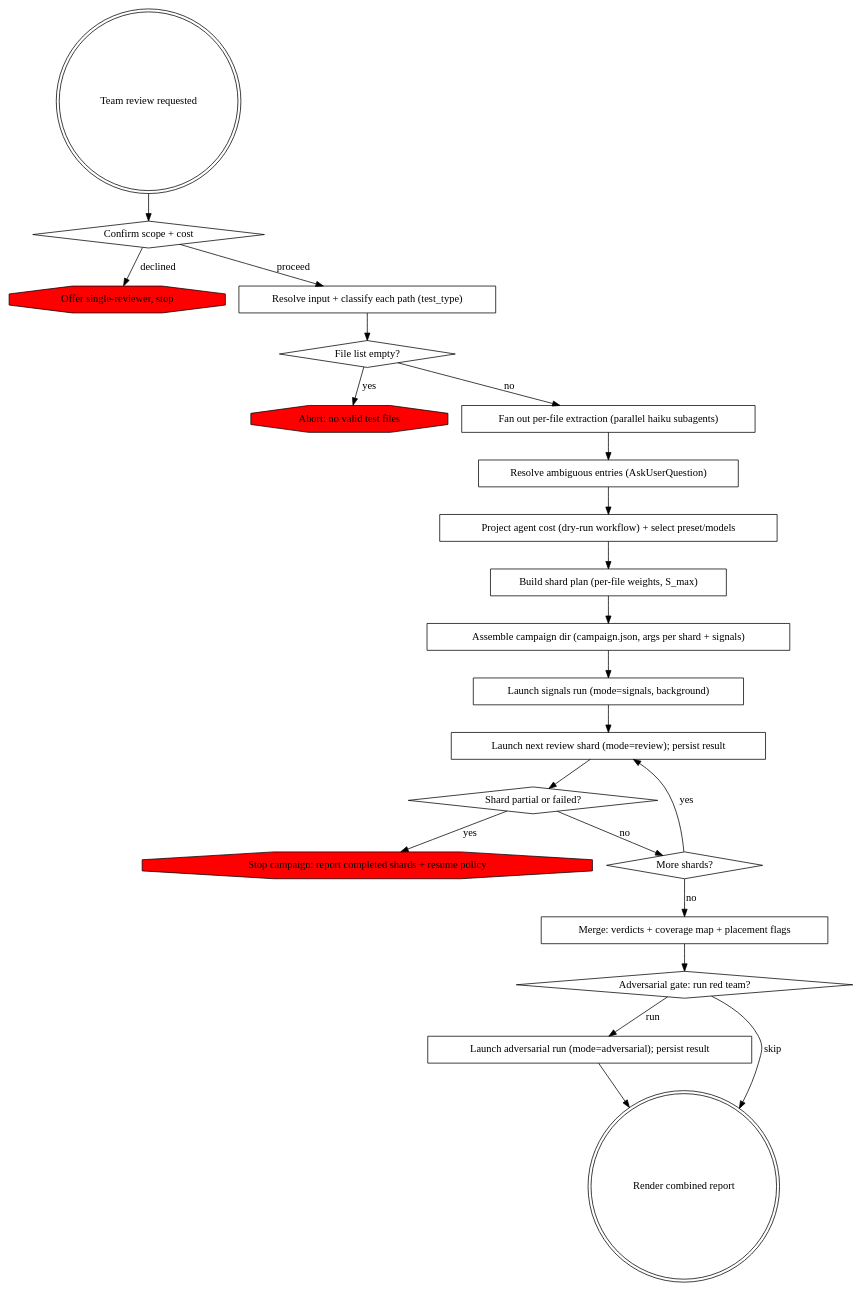
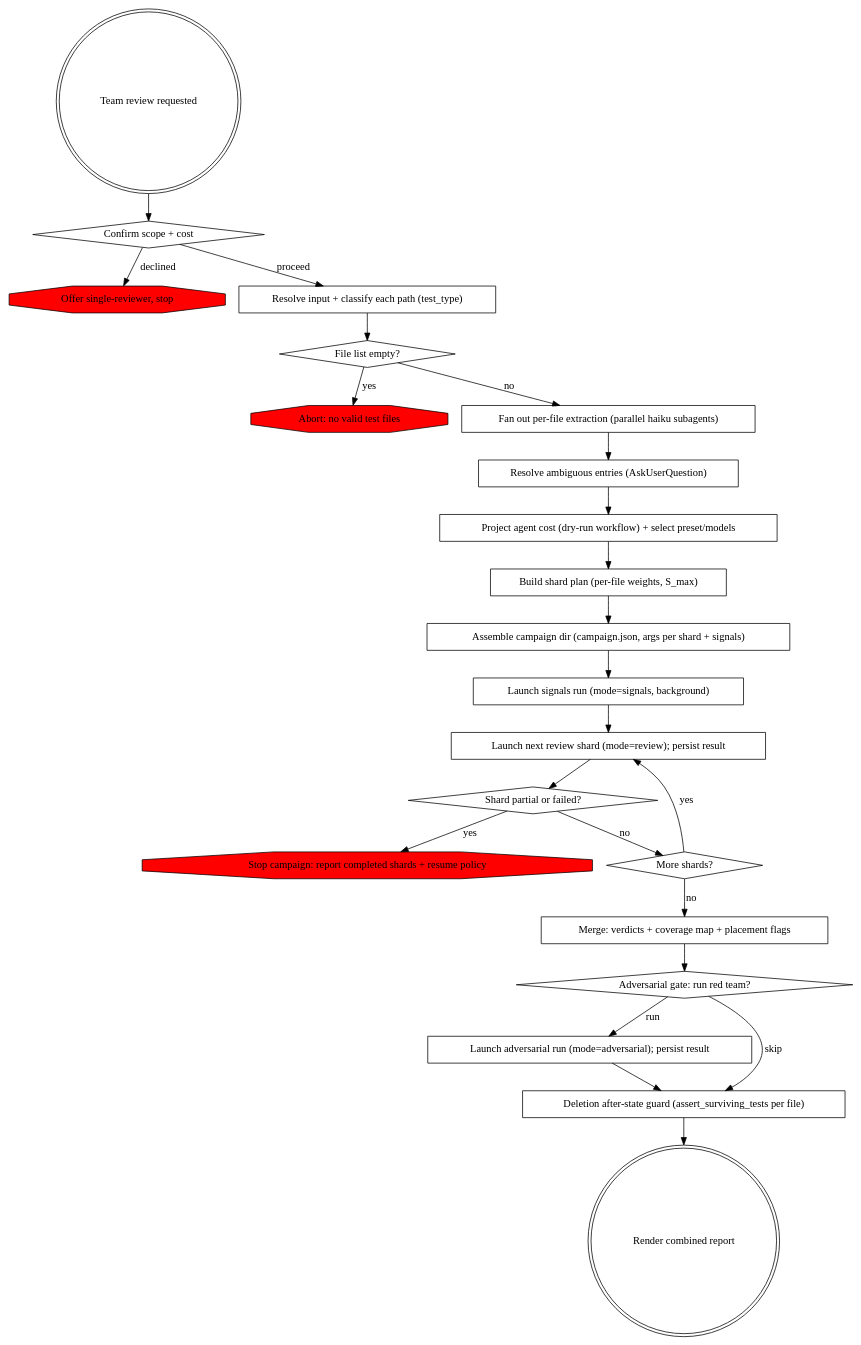
One commit to shopwareLabs/ai-coding-tools changed the diagram in plugins/test-writing/skills/phpunit-test-team-reviewing/SKILL.md. Above: the diagram before and after it, drawn with Graphviz. The commit also changed other lines of this file and 13 other files, not shown here.

````diff
--- a/plugins/test-writing/skills/phpunit-test-team-reviewing/SKILL.md
+++ b/plugins/test-writing/skills/phpunit-test-team-reviewing/SKILL.md
@@ -12,46 +12,48 @@
 ```dot
 digraph team_review {
   "Team review requested" [shape=doublecircle];
   "Confirm scope + cost" [shape=diamond];
   "Offer single-reviewer, stop" [shape=octagon, style=filled, fillcolor=red];
   "Resolve input + classify each path (test_type)" [shape=box];
   "File list empty?" [shape=diamond];
   "Abort: no valid test files" [shape=octagon, style=filled, fillcolor=red];
   "Fan out per-file extraction (parallel haiku subagents)" [shape=box];
   "Resolve ambiguous entries (AskUserQuestion)" [shape=box];
   "Project agent cost (dry-run workflow) + select preset/models" [shape=box];
   "Build shard plan (per-file weights, S_max)" [shape=box];
   "Assemble campaign dir (campaign.json, args per shard + signals)" [shape=box];
   "Launch signals run (mode=signals, background)" [shape=box];
   "Launch next review shard (mode=review); persist result" [shape=box];
   "Shard partial or failed?" [shape=diamond];
   "Stop campaign: report completed shards + resume policy" [shape=octagon, style=filled, fillcolor=red];
   "More shards?" [shape=diamond];
   "Merge: verdicts + coverage map + placement flags" [shape=box];
   "Adversarial gate: run red team?" [shape=diamond];
   "Launch adversarial run (mode=adversarial); persist result" [shape=box];
+  "Deletion after-state guard (assert_surviving_tests per file)" [shape=box];
   "Render combined report" [shape=doublecircle];
 
   "Team review requested" -> "Confirm scope + cost";
   "Confirm scope + cost" -> "Offer single-reviewer, stop" [label="declined"];
   "Confirm scope + cost" -> "Resolve input + classify each path (test_type)" [label="proceed"];
   "Resolve input + classify each path (test_type)" -> "File list empty?";
   "File list empty?" -> "Abort: no valid test files" [label="yes"];
   "File list empty?" -> "Fan out per-file extraction (parallel haiku subagents)" [label="no"];
   "Fan out per-file extraction (parallel haiku subagents)" -> "Resolve ambiguous entries (AskUserQuestion)";
   "Resolve ambiguous entries (AskUserQuestion)" -> "Project agent cost (dry-run workflow) + select preset/models";
   "Project agent cost (dry-run workflow) + select preset/models" -> "Build shard plan (per-file weights, S_max)";
   "Build shard plan (per-file weights, S_max)" -> "Assemble campaign dir (campaign.json, args per shard + signals)";
   "Assemble campaign dir (campaign.json, args per shard + signals)" -> "Launch signals run (mode=signals, background)";
   "Launch signals run (mode=signals, background)" -> "Launch next review shard (mode=review); persist result";
   "Launch next review shard (mode=review); persist result" -> "Shard partial or failed?";
   "Shard partial or failed?" -> "Stop campaign: report completed shards + resume policy" [label="yes"];
   "Shard partial or failed?" -> "More shards?" [label="no"];
   "More shards?" -> "Launch next review shard (mode=review); persist result" [label="yes"];
   "More shards?" -> "Merge: verdicts + coverage map + placement flags" [label="no"];
   "Merge: verdicts + coverage map + placement flags" -> "Adversarial gate: run red team?";
   "Adversarial gate: run red team?" -> "Launch adversarial run (mode=adversarial); persist result" [label="run"];
-  "Adversarial gate: run red team?" -> "Render combined report" [label="skip"];
-  "Launch adversarial run (mode=adversarial); persist result" -> "Render combined report";
+  "Adversarial gate: run red team?" -> "Deletion after-state guard (assert_surviving_tests per file)" [label="skip"];
+  "Launch adversarial run (mode=adversarial); persist result" -> "Deletion after-state guard (assert_surviving_tests per file)";
+  "Deletion after-state guard (assert_surviving_tests per file)" -> "Render combined report";
 }
 ```
````
